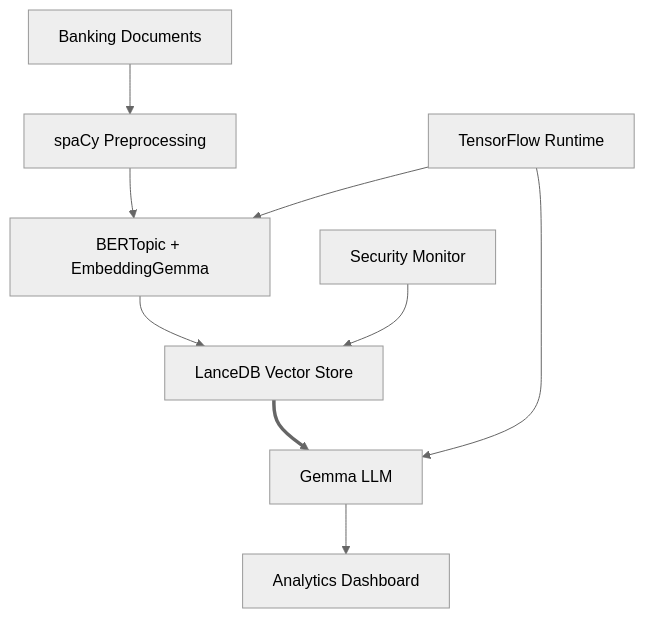
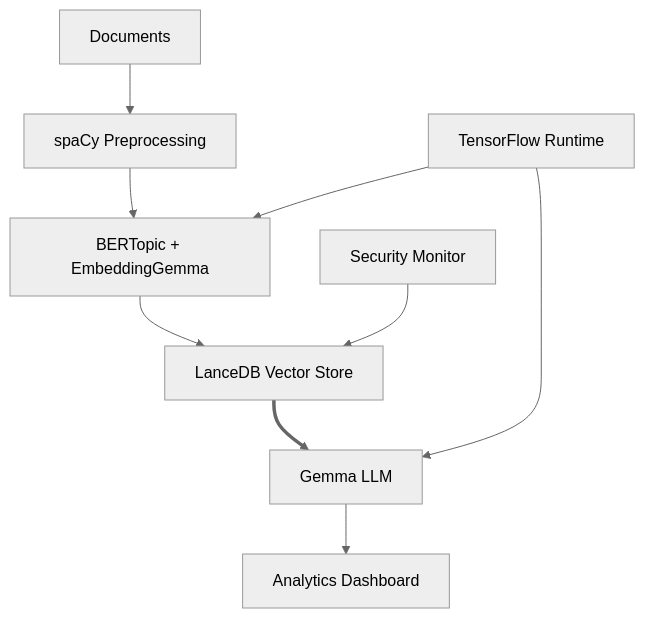
The diagram in README.md (rodneypuplampu/multi-modal-chatprompt-from-scratch), drawn with Mermaid (neutral theme) before and after one commit. The commit also changed other lines of this file, not shown here.

````diff
--- a/README.md
+++ b/README.md
@@ -11,11 +11,11 @@
 ```mermaid
 graph TB 
-    A[Banking Documents] --> B[spaCy Preprocessing] 
+    A[ Documents] --> B[spaCy Preprocessing] 
     B --> C[BERTopic + EmbeddingGemma] 
     C --> D[LanceDB Vector Store] 
     D ==> E[Gemma LLM] 
     E --> F[Analytics Dashboard] 
     G[TensorFlow Runtime] --> C 
     G --> E 
     H[Security Monitor] --> D 
 ```
````
